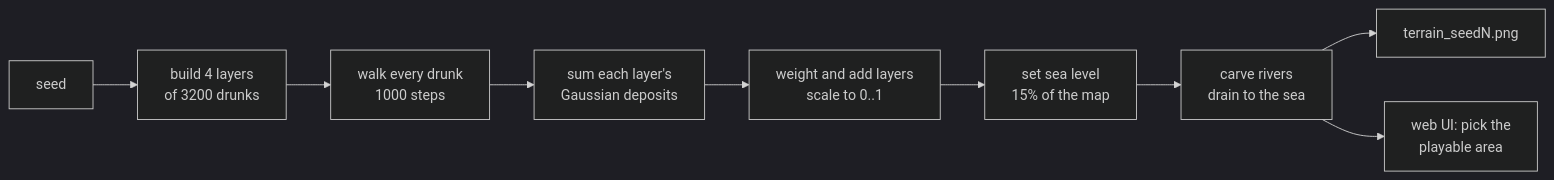
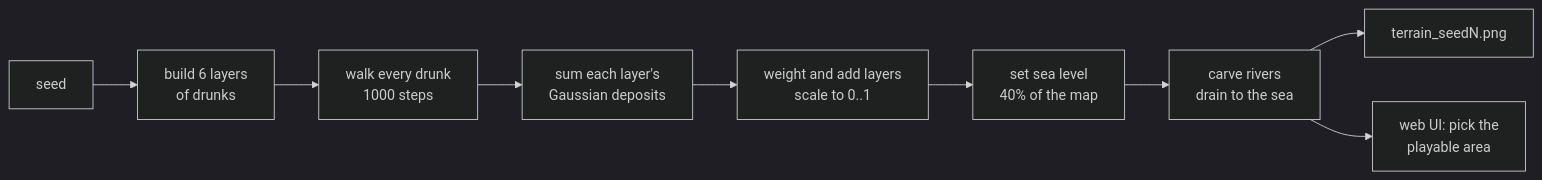
One commit to michael-mayo/drunk changed the first of 3 diagrams in README.md. Above: the diagram before and after it, drawn with Mermaid (dark theme). The commit also changed other lines of this file and 14 other files, not shown here.

````diff
--- a/README.md
+++ b/README.md
@@ -160,11 +163,11 @@
 ```mermaid
 flowchart LR
-    S[seed] --> B[build 4 layers<br/>of 3200 drunks]
+    S[seed] --> B[build 6 layers<br/>of drunks]
     B --> W[walk every drunk<br/>1000 steps]
     W --> D[sum each layer's<br/>Gaussian deposits]
     D --> H[weight and add layers<br/>scale to 0..1]
-    H --> SL[set sea level<br/>15% of the map]
+    H --> SL[set sea level<br/>40% of the map]
     SL --> R[carve rivers<br/>drain to the sea]
     R --> P[terrain_seedN.png]
     R --> U[web UI: pick the<br/>playable area]
 ```
````
